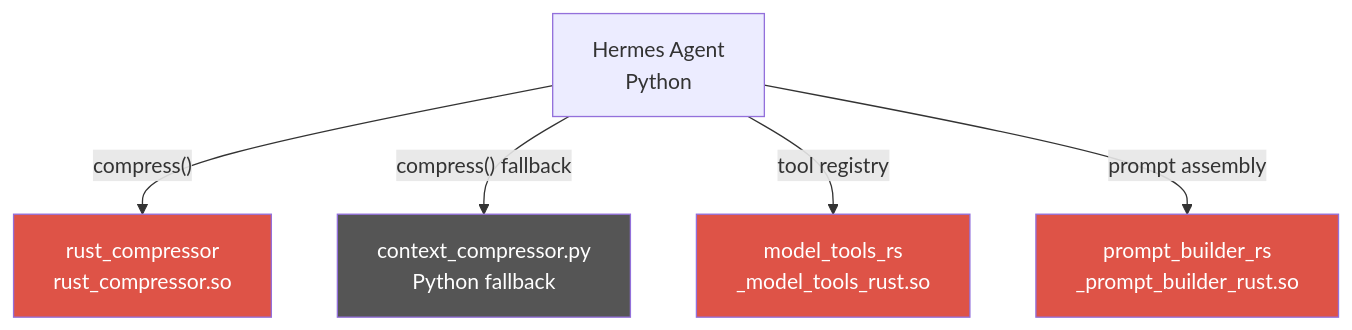
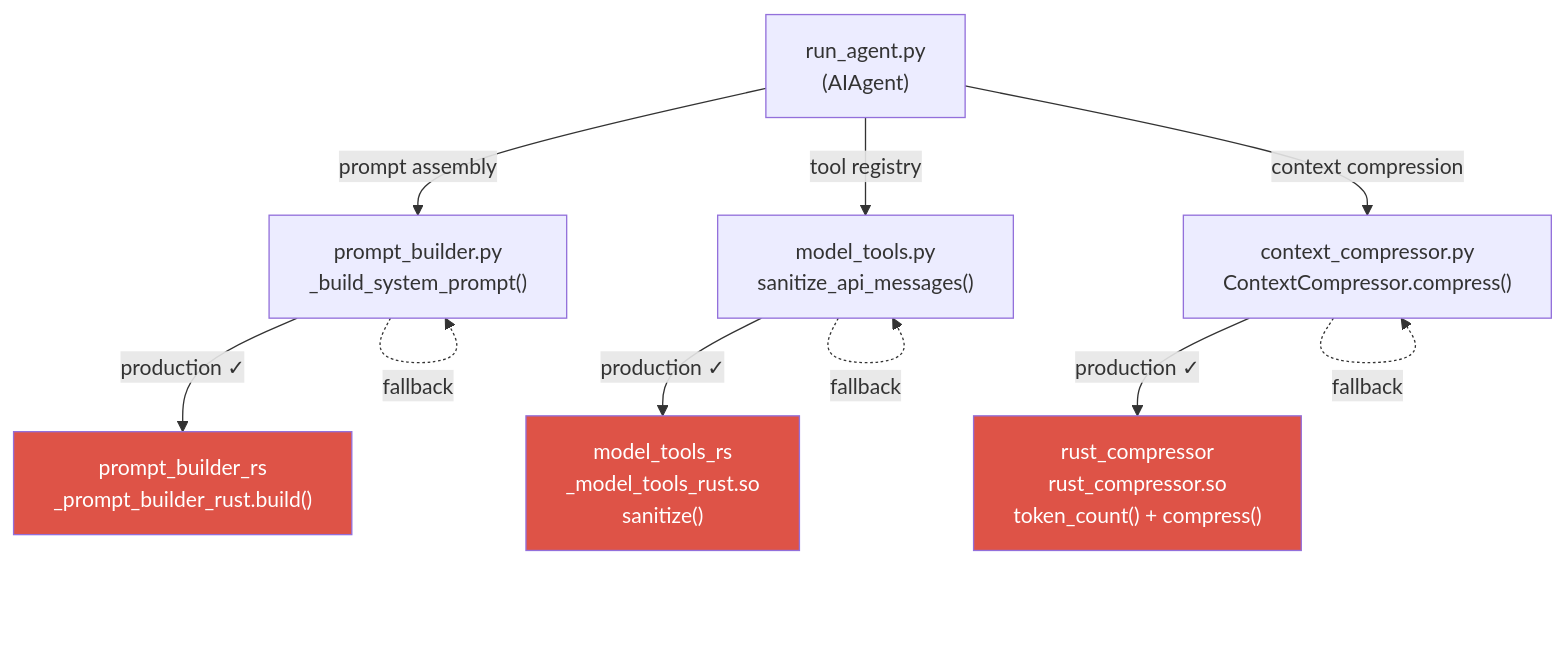
One commit to agent-bob-the-builder/hermes-agent-ferris-fork changed the diagram in README.md. Above: the diagram before and after it, drawn with Mermaid. The commit also changed other lines of this file, not shown here.

Commit message:
final fixes before benchmark

````diff
--- a/README.md
+++ b/README.md
@@ -19,18 +19,28 @@
 ```mermaid
 graph TD
-    HA[Hermes Agent<br/>Python]
-    COMP_PY[context_compressor.py<br/>Python fallback]
-    COMP_RS[rust_compressor<br/>rust_compressor.so]
-    MT_RS[model_tools_rs<br/>_model_tools_rust.so]
-    PB_RS[prompt_builder_rs<br/>_prompt_builder_rust.so]
+    RA["run_agent.py<br/>(AIAgent)"]
+    PCP["prompt_builder.py<br/>_build_system_prompt()"]
+    CCP["context_compressor.py<br/>ContextCompressor.compress()"]
+    MTP["model_tools.py<br/>sanitize_api_messages()"]
 
-    HA -->|"compress()"| COMP_RS
-    HA -->|"compress() fallback"| COMP_PY
-    HA -->|"tool registry"| MT_RS
-    HA -->|"prompt assembly"| PB_RS
+    PB_RS["prompt_builder_rs<br/>_prompt_builder_rust.build()"]
+    CO_RS["rust_compressor<br/>rust_compressor.so<br/>token_count() + compress()"]
+    MT_RS["model_tools_rs<br/>_model_tools_rust.so<br/>sanitize()"]
 
-    style COMP_RS fill:#de5347,color:#fff
+    RA -->|"prompt assembly"| PCP
+    RA -->|"tool registry"| MTP
+    RA -->|"context compression"| CCP
+
+    PCP -->|"production ✓"| PB_RS
+    PCP -.->|"fallback"| PCP
+
+    CCP -->|"production ✓"| CO_RS
+    CCP -.->|"fallback"| CCP
+
+    MTP -->|"production ✓"| MT_RS
+    MTP -.->|"fallback"| MTP
+
+    style PB_RS fill:#de5347,color:#fff
+    style CO_RS fill:#de5347,color:#fff
     style MT_RS fill:#de5347,color:#fff
-    style PB_RS fill:#de5347,color:#fff
-    style COMP_PY fill:#555,color:#fff
 ```
````
